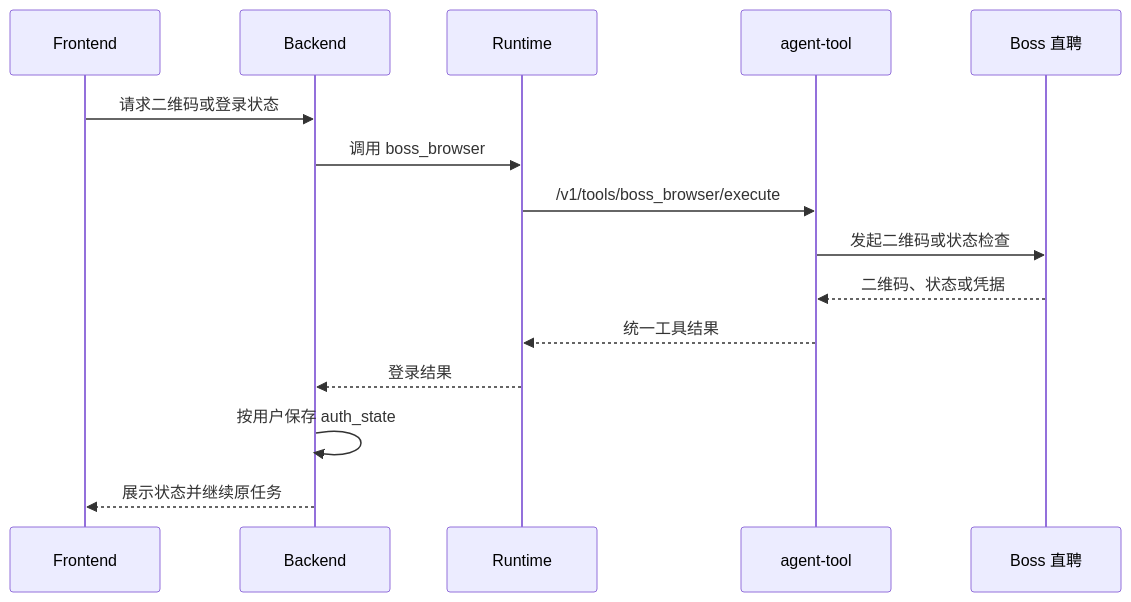
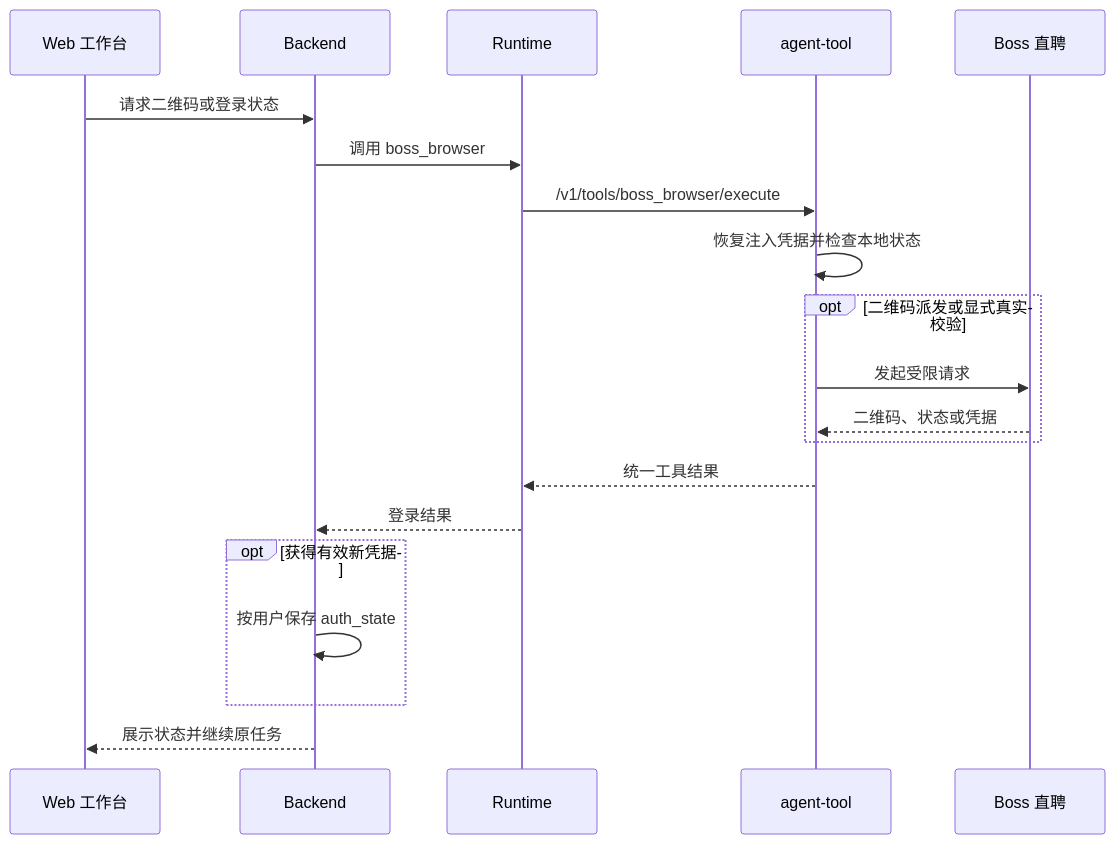
The diagram in agent-doc/业务功能/Boss直聘集成与岗位检索.md (Logistic98/job-buddy), drawn with Mermaid before and after one commit. The commit also changed other lines of this file and 32 other files, not shown here.

````diff
--- a/agent-doc/业务功能/Boss直聘集成与岗位检索.md
+++ b/agent-doc/业务功能/Boss直聘集成与岗位检索.md
@@ -39,18 +19,23 @@
 ```mermaid
 sequenceDiagram
-    participant FE as Frontend
+    participant FE as Web 工作台
     participant BE as Backend
     participant RT as Runtime
     participant TOOL as agent-tool
     participant BOSS as Boss 直聘
 
     FE->>BE: 请求二维码或登录状态
     BE->>RT: 调用 boss_browser
     RT->>TOOL: /v1/tools/boss_browser/execute
-    TOOL->>BOSS: 发起二维码或状态检查
-    BOSS-->>TOOL: 二维码、状态或凭据
+    TOOL->>TOOL: 恢复注入凭据并检查本地状态
+    opt 二维码派发或显式真实校验
+        TOOL->>BOSS: 发起受限请求
+        BOSS-->>TOOL: 二维码、状态或凭据
+    end
     TOOL-->>RT: 统一工具结果
     RT-->>BE: 登录结果
-    BE->>BE: 按用户保存 auth_state
+    opt 获得有效新凭据
+        BE->>BE: 按用户保存 auth_state
+    end
     BE-->>FE: 展示状态并继续原任务
 ```
````
